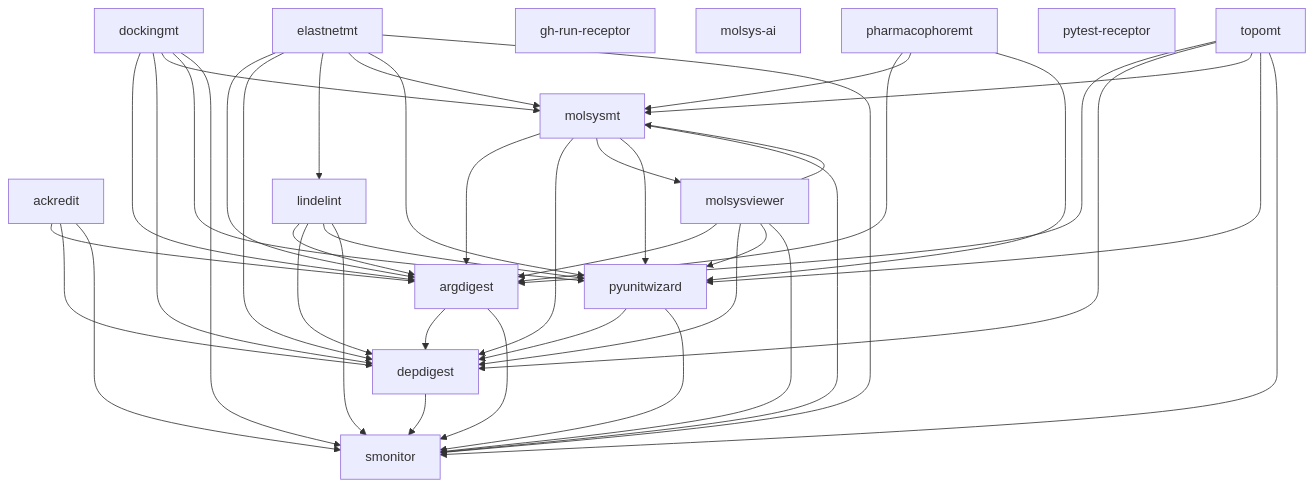
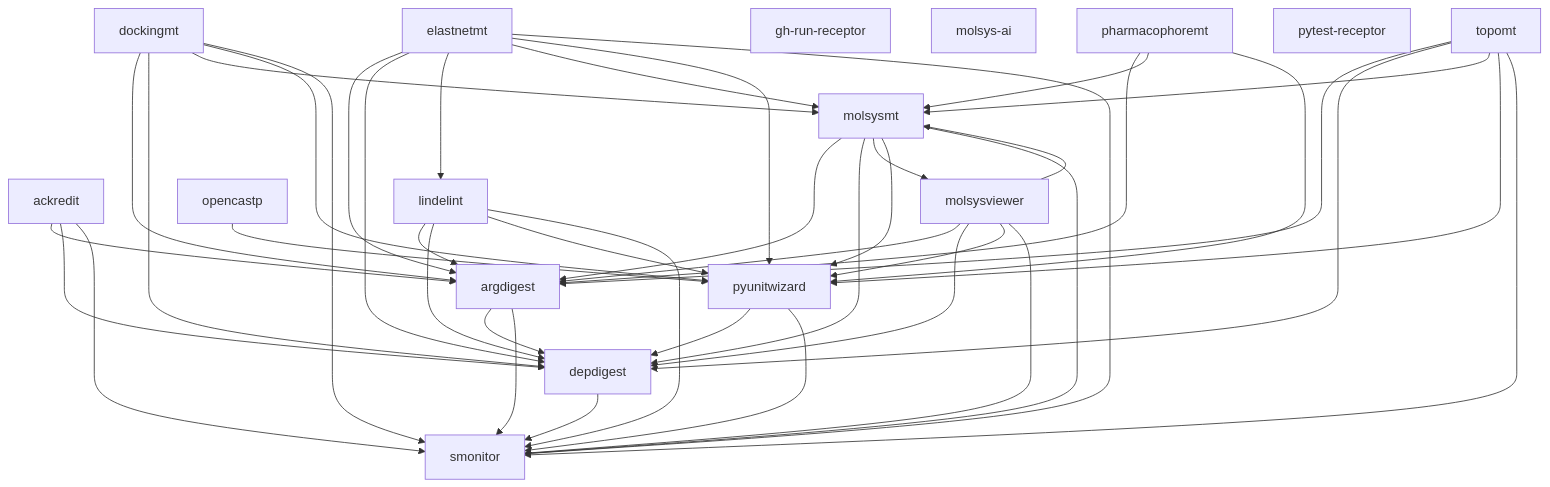
Before and after one commit to uibcdf/molsyssuite: the diagram in devguide/component_dependencies.md, drawn with Mermaid. The commit also changed other lines of this file and 11 other files, not shown here.

````diff
--- a/devguide/component_dependencies.md
+++ b/devguide/component_dependencies.md
@@ -11,59 +11,61 @@
 ```mermaid
 flowchart TD
   n0["ackredit"]
   n1["argdigest"]
   n2["depdigest"]
   n3["dockingmt"]
   n4["elastnetmt"]
   n5["gh-run-receptor"]
   n6["lindelint"]
   n7["molsys-ai"]
   n8["molsysmt"]
   n9["molsysviewer"]
-  n10["pharmacophoremt"]
-  n11["pytest-receptor"]
-  n12["pyunitwizard"]
-  n13["smonitor"]
-  n14["topomt"]
+  n10["opencastp"]
+  n11["pharmacophoremt"]
+  n12["pytest-receptor"]
+  n13["pyunitwizard"]
+  n14["smonitor"]
+  n15["topomt"]
   n0 --> n1
   n0 --> n2
-  n0 --> n13
+  n0 --> n14
   n1 --> n2
-  n1 --> n13
-  n2 --> n13
+  n1 --> n14
+  n2 --> n14
   n3 --> n1
   n3 --> n2
   n3 --> n8
-  n3 --> n12
   n3 --> n13
+  n3 --> n14
   n4 --> n1
   n4 --> n2
   n4 --> n6
   n4 --> n8
-  n4 --> n12
   n4 --> n13
+  n4 --> n14
   n6 --> n1
   n6 --> n2
-  n6 --> n12
   n6 --> n13
+  n6 --> n14
   n8 --> n1
   n8 --> n2
   n8 --> n9
-  n8 --> n12
   n8 --> n13
+  n8 --> n14
   n9 --> n1
   n9 --> n2
   n9 --> n8
-  n9 --> n12
   n9 --> n13
-  n10 --> n1
-  n10 --> n8
-  n10 --> n12
-  n12 --> n2
-  n12 --> n13
-  n14 --> n1
-  n14 --> n2
-  n14 --> n8
-  n14 --> n12
-  n14 --> n13
+  n9 --> n14
+  n10 --> n13
+  n11 --> n1
+  n11 --> n8
+  n11 --> n13
+  n13 --> n2
+  n13 --> n14
+  n15 --> n1
+  n15 --> n2
+  n15 --> n8
+  n15 --> n13
+  n15 --> n14
 ```
````
